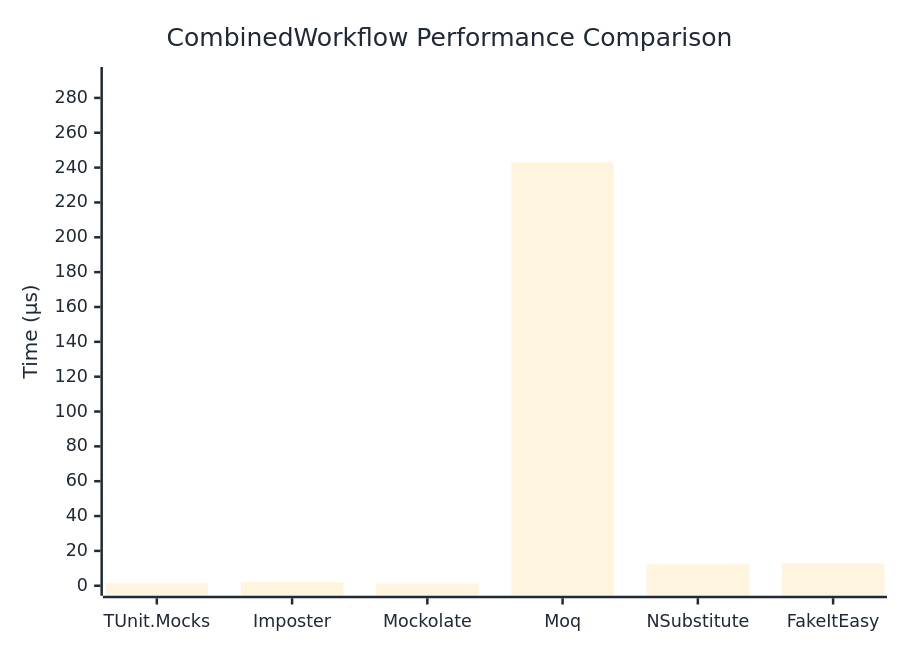
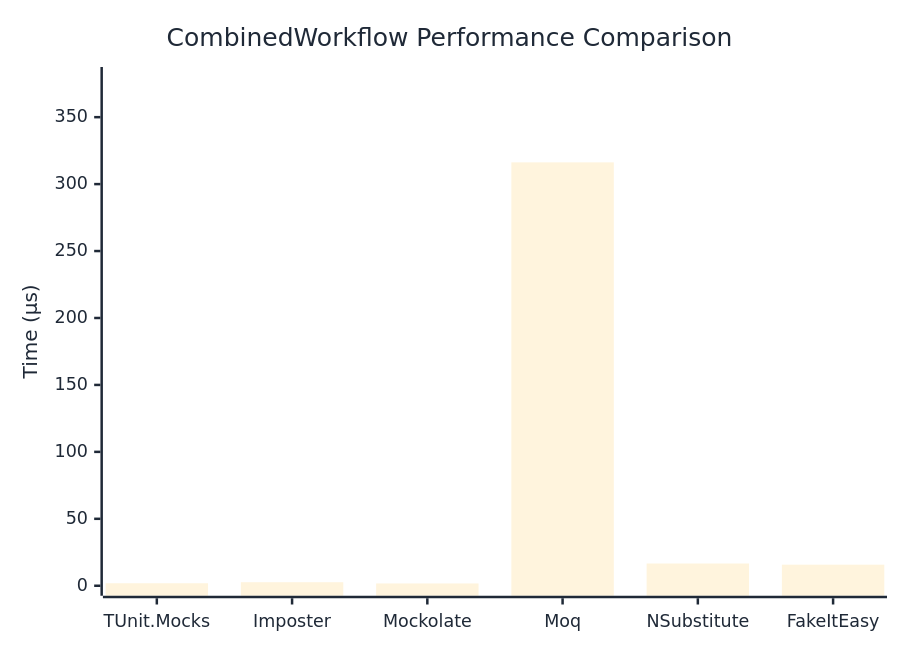
One commit to thomhurst/TUnit changed the diagram in docs/docs/benchmarks/mocks/CombinedWorkflow.md. Above: the diagram before and after it, drawn with Mermaid. The commit also changed other lines of this file and 14 other files, not shown here.

````diff
--- a/docs/docs/benchmarks/mocks/CombinedWorkflow.md
+++ b/docs/docs/benchmarks/mocks/CombinedWorkflow.md
@@ -28,27 +28,27 @@
 ```mermaid
 %%{init: {
   'theme':'base',
   'themeVariables': {
     'primaryColor': '#2563eb',
     'primaryTextColor': '#1f2937',
     'primaryBorderColor': '#1e40af',
     'lineColor': '#6b7280',
     'secondaryColor': '#7c3aed',
     'tertiaryColor': '#dc2626',
     'background': '#ffffff',
     'pie1': '#2563eb',
     'pie2': '#7c3aed',
     'pie3': '#dc2626',
     'pie4': '#f59e0b',
     'pie5': '#10b981',
     'pie6': '#06b6d4',
     'pie7': '#ec4899',
     'pie8': '#6366f1'
   }
 }}%%
 xychart-beta
   title "CombinedWorkflow Performance Comparison"
   x-axis ["TUnit.Mocks", "Imposter", "Mockolate", "Moq", "NSubstitute", "FakeItEasy"]
-  y-axis "Time (μs)" 0 --> 292
-  bar [1.459, 2.111, 1.338, 242.885, 12.33, 12.777]
+  y-axis "Time (μs)" 0 --> 380
+  bar [1.865, 2.639, 1.714, 316.243, 16.613, 15.737]
 ```
````
